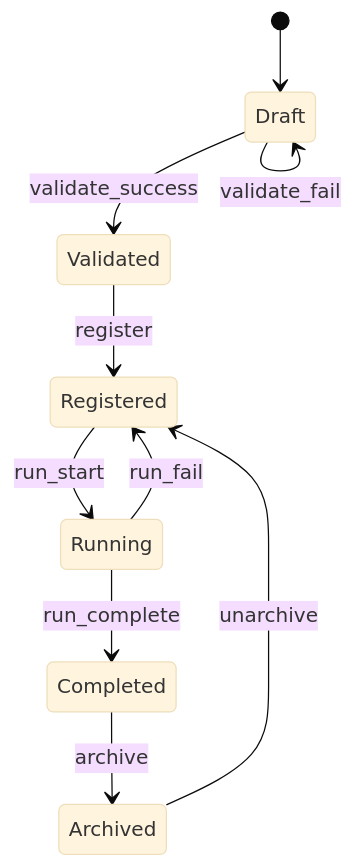
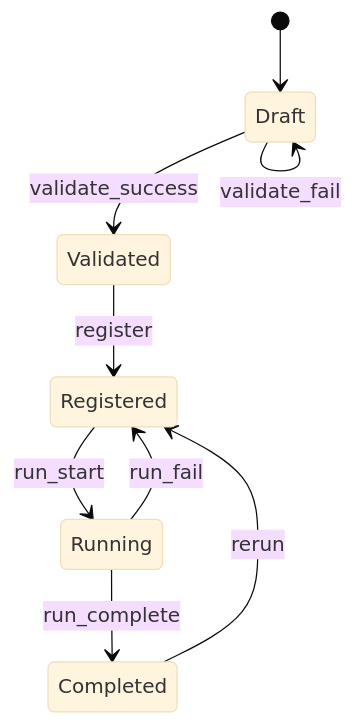
One commit to bottlenome/gridflow changed the fifth of 5 diagrams in docs/detailed_design/05_state_transition.md. Above: the diagram before and after it, drawn with Mermaid (base theme). The commit also changed other lines of this file, not shown here.

````diff
--- a/docs/detailed_design/05_state_transition.md
+++ b/docs/detailed_design/05_state_transition.md
@@ -115,12 +175,11 @@
 ```mermaid
 stateDiagram-v2
     [*] --> Draft
     Draft --> Validated : validate_success
     Draft --> Draft : validate_fail
     Validated --> Registered : register
     Registered --> Running : run_start
     Running --> Completed : run_complete
     Running --> Registered : run_fail
-    Completed --> Archived : archive
-    Archived --> Registered : unarchive
+    Completed --> Registered : rerun
 ```
````
